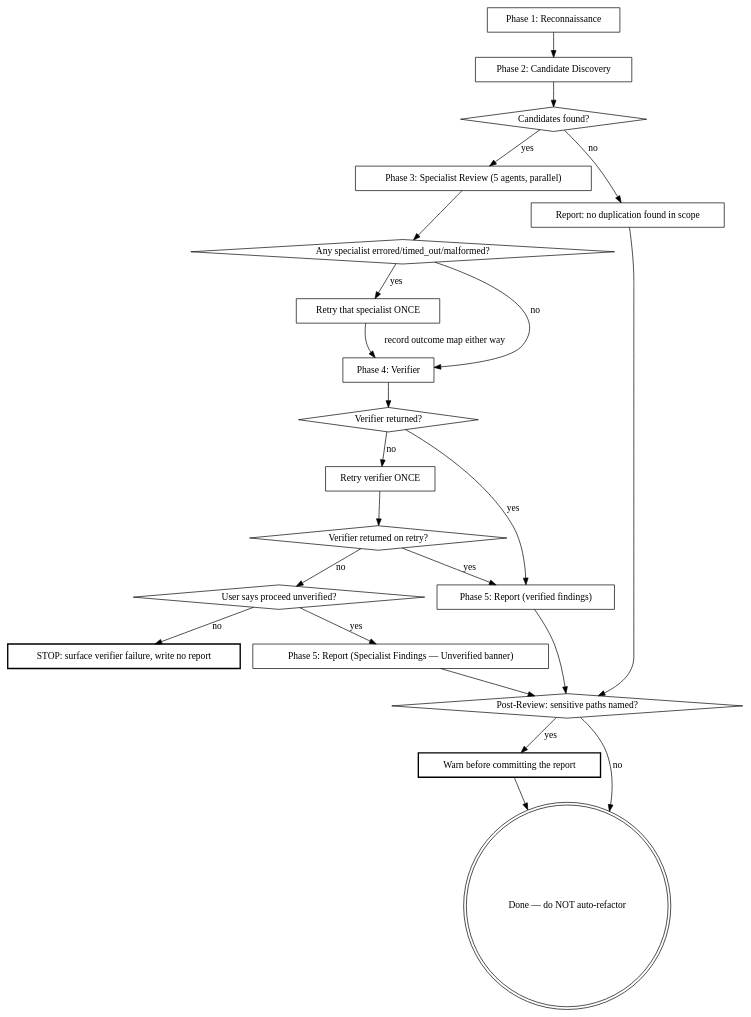
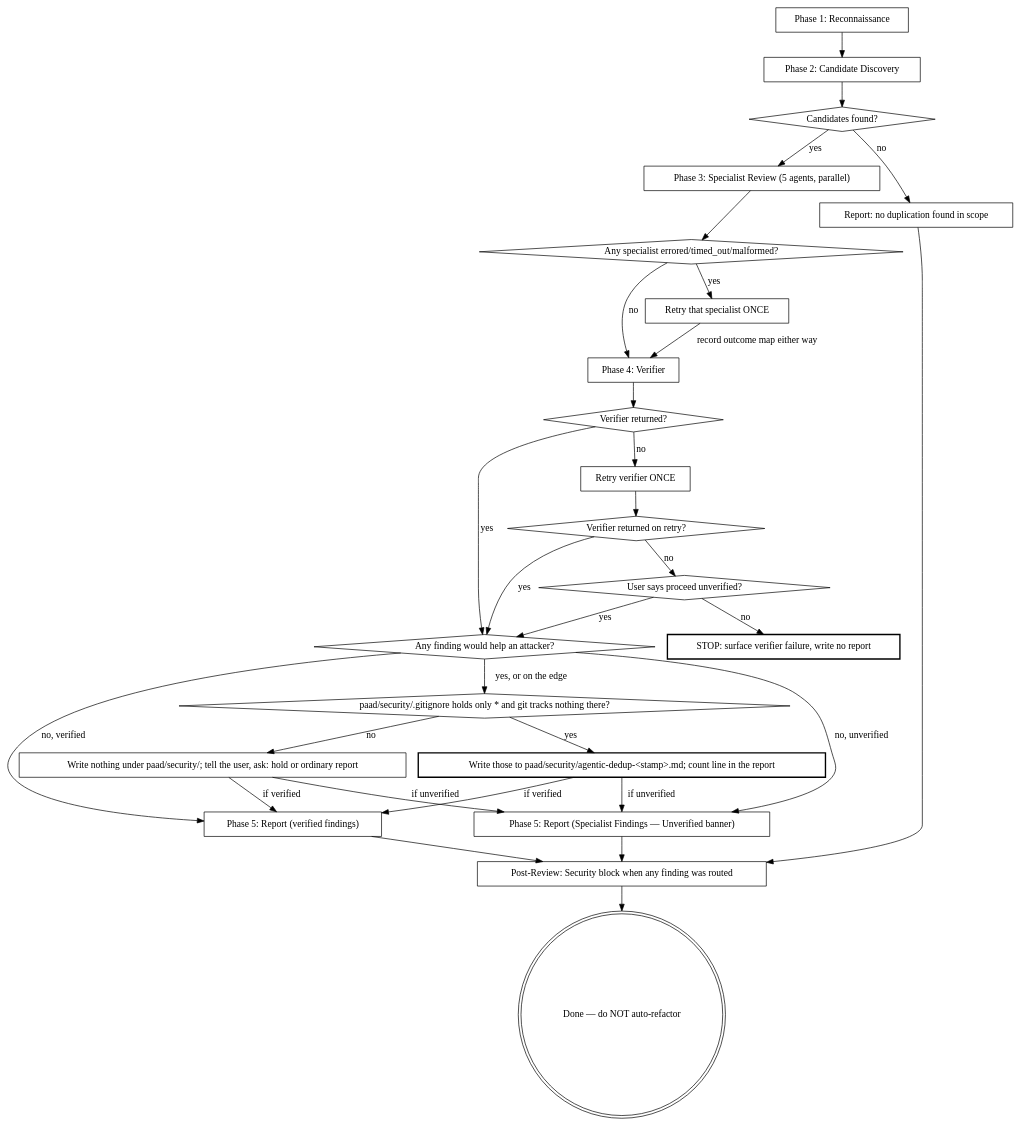
The second of 2 diagrams in plugins/paad/skills/agentic-dedup/SKILL.md (Ovid/paad), drawn with Graphviz before and after one commit. The commit also changed other lines of this file and 71 other files, not shown here.

````diff
--- a/plugins/paad/skills/agentic-dedup/SKILL.md
+++ b/plugins/paad/skills/agentic-dedup/SKILL.md
@@ -43,45 +47,55 @@
 ```dot
 digraph session {
   "Phase 1: Reconnaissance" [shape=box];
   "Phase 2: Candidate Discovery" [shape=box];
   "Candidates found?" [shape=diamond];
   "Phase 3: Specialist Review (5 agents, parallel)" [shape=box];
   "Any specialist errored/timed_out/malformed?" [shape=diamond];
   "Retry that specialist ONCE" [shape=box];
   "Phase 4: Verifier" [shape=box];
   "Verifier returned?" [shape=diamond];
   "Retry verifier ONCE" [shape=box];
   "Verifier returned on retry?" [shape=diamond];
   "User says proceed unverified?" [shape=diamond];
   "STOP: surface verifier failure, write no report" [shape=box, style=bold];
   "Phase 5: Report (verified findings)" [shape=box];
   "Phase 5: Report (Specialist Findings — Unverified banner)" [shape=box];
   "Report: no duplication found in scope" [shape=box];
-  "Post-Review: sensitive paths named?" [shape=diamond];
-  "Warn before committing the report" [shape=box, style=bold];
+  "Any finding would help an attacker?" [shape=diamond];
+  "Write those to paad/security/agentic-dedup-<stamp>.md; count line in the report" [shape=box, style=bold];
+  "paad/security/.gitignore holds only * and git tracks nothing there?" [shape=diamond];
+  "Write nothing under paad/security/; tell the user, ask: hold or ordinary report" [shape=box];
+  "Post-Review: Security block when any finding was routed" [shape=box];
   "Done — do NOT auto-refactor" [shape=doublecircle];
 
   "Phase 1: Reconnaissance" -> "Phase 2: Candidate Discovery";
   "Phase 2: Candidate Discovery" -> "Candidates found?";
   "Candidates found?" -> "Report: no duplication found in scope" [label="no"];
   "Candidates found?" -> "Phase 3: Specialist Review (5 agents, parallel)" [label="yes"];
   "Phase 3: Specialist Review (5 agents, parallel)" -> "Any specialist errored/timed_out/malformed?";
   "Any specialist errored/timed_out/malformed?" -> "Retry that specialist ONCE" [label="yes"];
   "Retry that specialist ONCE" -> "Phase 4: Verifier" [label="record outcome map either way"];
   "Any specialist errored/timed_out/malformed?" -> "Phase 4: Verifier" [label="no"];
   "Phase 4: Verifier" -> "Verifier returned?";
-  "Verifier returned?" -> "Phase 5: Report (verified findings)" [label="yes"];
+  "Verifier returned?" -> "Any finding would help an attacker?" [label="yes"];
   "Verifier returned?" -> "Retry verifier ONCE" [label="no"];
   "Retry verifier ONCE" -> "Verifier returned on retry?";
-  "Verifier returned on retry?" -> "Phase 5: Report (verified findings)" [label="yes"];
+  "Verifier returned on retry?" -> "Any finding would help an attacker?" [label="yes"];
   "Verifier returned on retry?" -> "User says proceed unverified?" [label="no"];
-  "User says proceed unverified?" -> "Phase 5: Report (Specialist Findings — Unverified banner)" [label="yes"];
+  "User says proceed unverified?" -> "Any finding would help an attacker?" [label="yes"];
   "User says proceed unverified?" -> "STOP: surface verifier failure, write no report" [label="no"];
-  "Report: no duplication found in scope" -> "Post-Review: sensitive paths named?";
-  "Phase 5: Report (verified findings)" -> "Post-Review: sensitive paths named?";
-  "Phase 5: Report (Specialist Findings — Unverified banner)" -> "Post-Review: sensitive paths named?";
-  "Post-Review: sensitive paths named?" -> "Warn before committing the report" [label="yes"];
-  "Post-Review: sensitive paths named?" -> "Done — do NOT auto-refactor" [label="no"];
-  "Warn before committing the report" -> "Done — do NOT auto-refactor";
+  "Any finding would help an attacker?" -> "paad/security/.gitignore holds only * and git tracks nothing there?" [label="yes, or on the edge"];
+  "Any finding would help an attacker?" -> "Phase 5: Report (verified findings)" [label="no, verified"];
+  "Any finding would help an attacker?" -> "Phase 5: Report (Specialist Findings — Unverified banner)" [label="no, unverified"];
+  "Write those to paad/security/agentic-dedup-<stamp>.md; count line in the report" -> "Phase 5: Report (verified findings)" [label="if verified"];
+  "Write those to paad/security/agentic-dedup-<stamp>.md; count line in the report" -> "Phase 5: Report (Specialist Findings — Unverified banner)" [label="if unverified"];
+  "paad/security/.gitignore holds only * and git tracks nothing there?" -> "Write those to paad/security/agentic-dedup-<stamp>.md; count line in the report" [label="yes"];
+  "paad/security/.gitignore holds only * and git tracks nothing there?" -> "Write nothing under paad/security/; tell the user, ask: hold or ordinary report" [label="no"];
+  "Write nothing under paad/security/; tell the user, ask: hold or ordinary report" -> "Phase 5: Report (verified findings)" [label="if verified"];
+  "Write nothing under paad/security/; tell the user, ask: hold or ordinary report" -> "Phase 5: Report (Specialist Findings — Unverified banner)" [label="if unverified"];
+  "Report: no duplication found in scope" -> "Post-Review: Security block when any finding was routed";
+  "Phase 5: Report (verified findings)" -> "Post-Review: Security block when any finding was routed";
+  "Phase 5: Report (Specialist Findings — Unverified banner)" -> "Post-Review: Security block when any finding was routed";
+  "Post-Review: Security block when any finding was routed" -> "Done — do NOT auto-refactor";
 }
 ```
````
